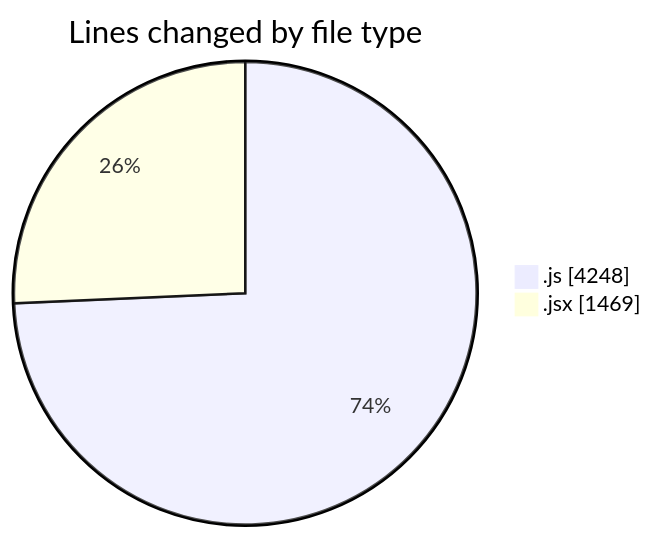
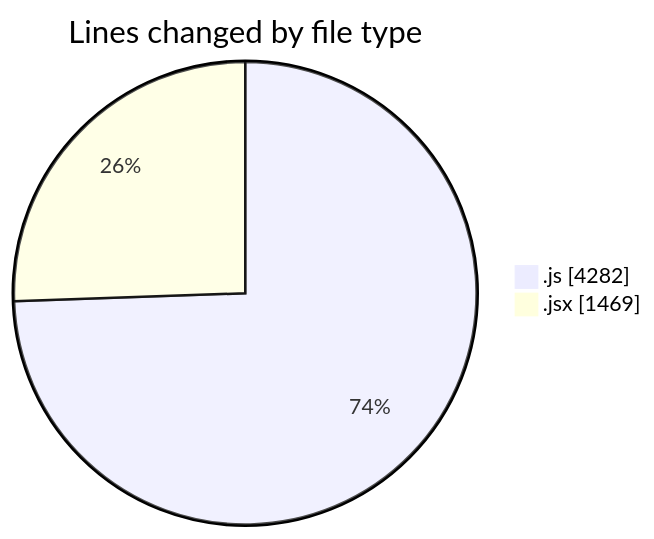
The first of 2 diagrams in 2025-12-29/nxtqube_webapp/README.md (nxtqubesakshisongat/code-tracking), drawn with Mermaid before and after one commit. The commit also changed other lines of this file and 1 other file, not shown here.

````diff
--- a/2025-12-29/nxtqube_webapp/README.md
+++ b/2025-12-29/nxtqube_webapp/README.md
@@ -23,6 +23,6 @@
 ```mermaid
 pie showData
 title Lines changed by file type
-".js" : 4248
+".js" : 4282
 ".jsx" : 1469
 ```
````
